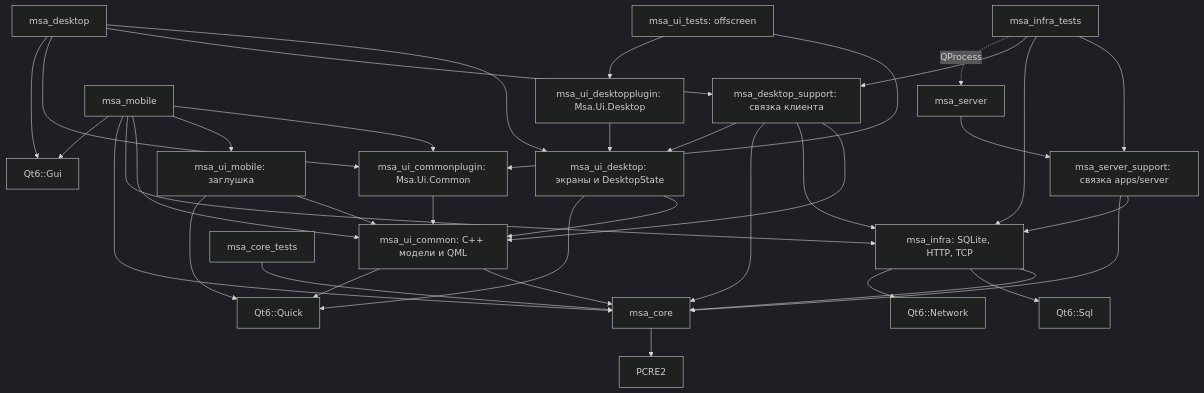
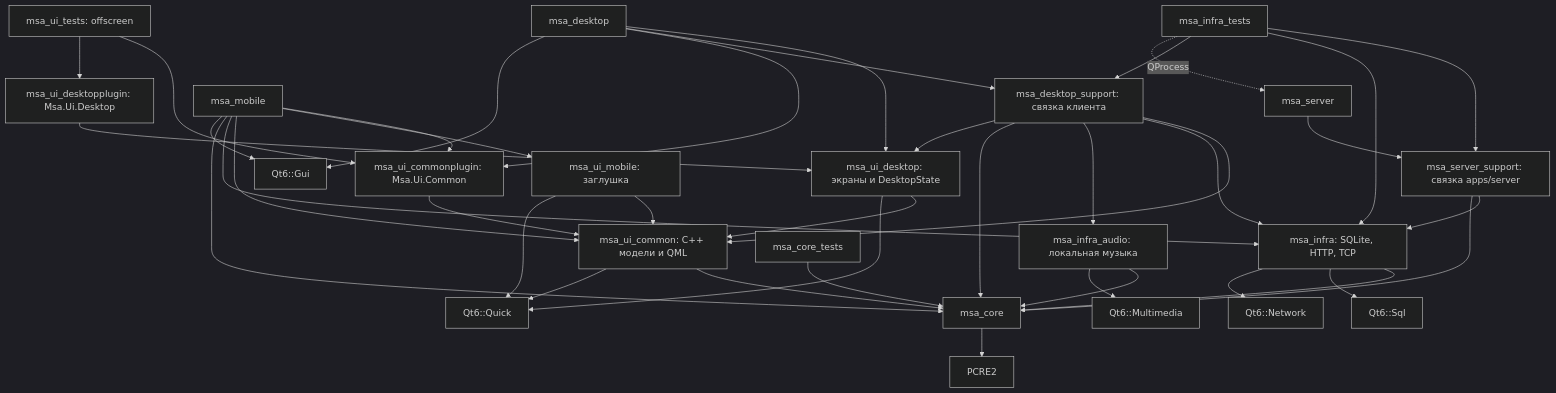
One commit to TasFoma/MySuperAssistant changed the first of 2 diagrams in docs/architecture.md. Above: the diagram before and after it, drawn with Mermaid (dark theme). The commit also changed other lines of this file and 37 other files, not shown here.

````diff
--- a/docs/architecture.md
+++ b/docs/architecture.md
@@ -63,39 +70,42 @@
 ```mermaid
 flowchart TD
     server[msa_server] --> support[msa_server_support: связка apps/server]
     support --> infra[msa_infra: SQLite, HTTP, TCP]
     support --> core[msa_core]
     desktop[msa_desktop] --> desktopUI[msa_ui_desktop: экраны и DesktopState]
     desktop --> desktopSupport[msa_desktop_support: связка клиента]
     desktopSupport --> common[msa_ui_common: C++ модели и QML]
     desktop --> plugin[msa_ui_commonplugin: Msa.Ui.Common]
     mobile --> plugin
     plugin --> common
     desktopSupport --> infra
+    desktopSupport --> audio[msa_infra_audio: локальная музыка]
+    audio --> core
+    audio --> multimedia[Qt6::Multimedia]
     desktopSupport --> core
     desktopSupport --> desktopUI
     desktop --> gui[Qt6::Gui]
     mobile[msa_mobile] --> mobileUI[msa_ui_mobile: заглушка]
     mobile --> common
     mobile --> infra
     mobile --> core
     mobile --> gui
     desktopUI --> common
     desktopUI --> quick[Qt6::Quick]
     mobileUI --> common
     mobileUI --> quick
     common --> core
     common --> quick
     infra --> core
     infra --> sql[Qt6::Sql]
     infra --> network[Qt6::Network]
     core --> pcre[PCRE2]
     coreTests[msa_core_tests] --> core
     infraTests[msa_infra_tests] --> support
     infraTests --> infra
     infraTests --> desktopSupport
     uiTests[msa_ui_tests: offscreen] --> plugin
     uiTests --> desktopPlugin[msa_ui_desktopplugin: Msa.Ui.Desktop]
     desktopPlugin --> desktopUI
     infraTests -. QProcess .-> server
 ```
````
